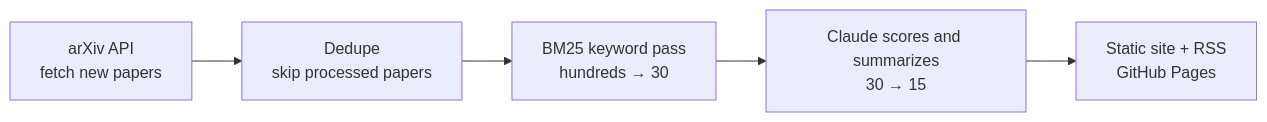
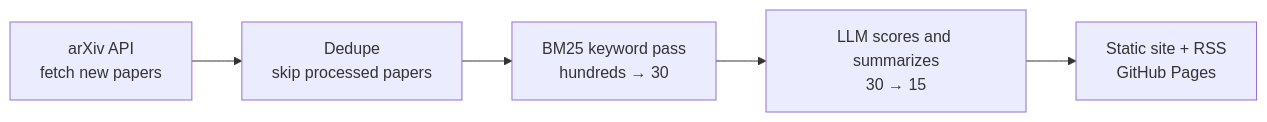
The diagram in README.en.md (zy3019/arxiv-radar), drawn with Mermaid before and after one commit. The commit also changed other lines of this file and 12 other files, not shown here.

````diff
--- a/README.en.md
+++ b/README.en.md
@@ -11,7 +11,7 @@
 ```mermaid
 flowchart LR
     A[arXiv API<br/>fetch new papers] --> B[Dedupe<br/>skip processed papers]
     B --> C[BM25 keyword pass<br/>hundreds → 30]
-    C --> D[Claude scores and summarizes<br/>30 → 15]
+    C --> D[LLM scores and summarizes<br/>30 → 15]
     D --> E[Static site + RSS<br/>GitHub Pages]
 ```
````
